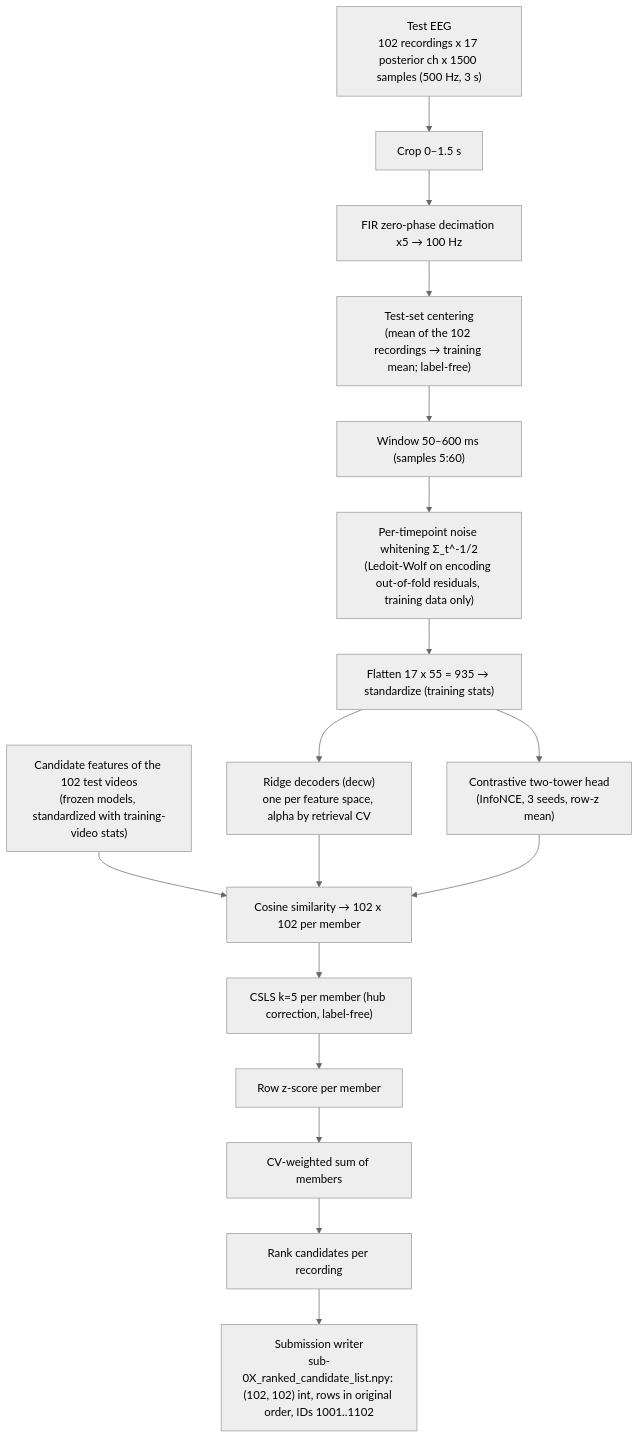
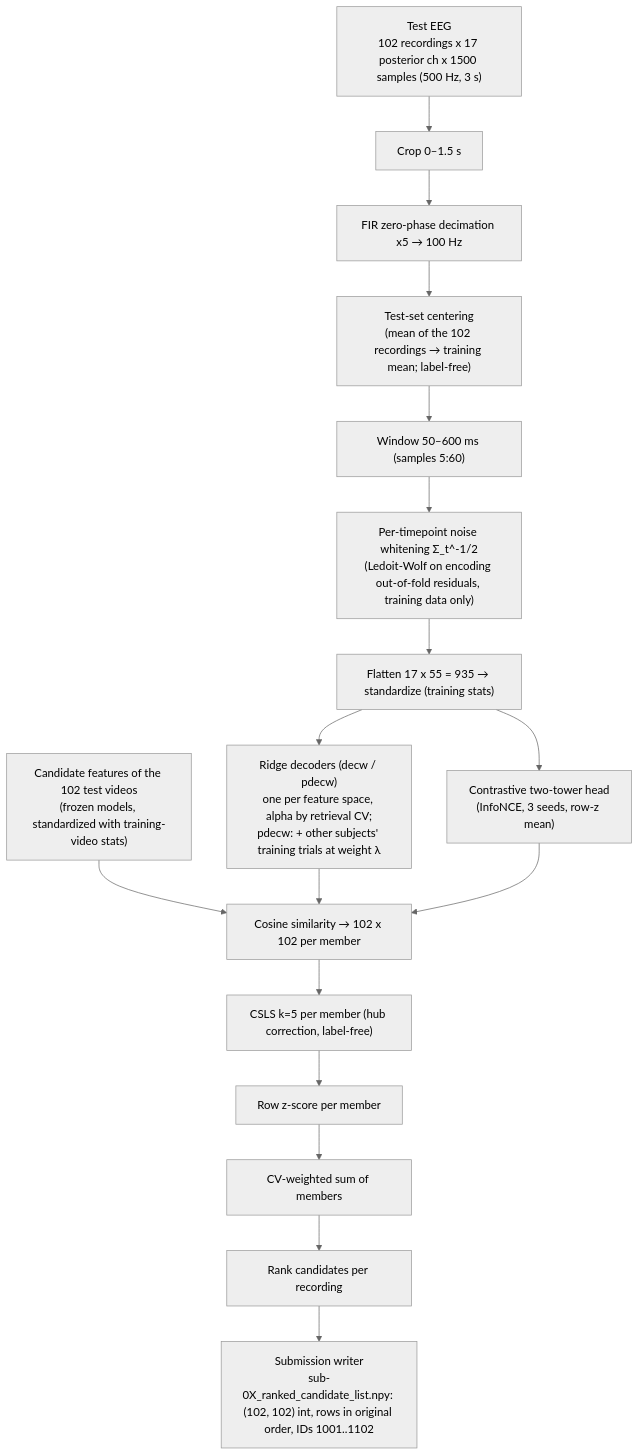
Before and after one commit to Gundan-Dante/Krabiki: the diagram in docs/ARCHITECTURE.md, drawn with Mermaid (neutral theme). The commit also changed other lines of this file and 2 other files, not shown here.

Commit message:
Docs: ARCHITECTURE / HANDOFF / CLAUDE.md describe v4b and the training/ inference/ layout

````diff
--- a/docs/ARCHITECTURE.md
+++ b/docs/ARCHITECTURE.md
@@ -14,19 +14,19 @@
 ```mermaid
 flowchart TD
     A["Test EEG<br/>102 recordings x 17 posterior ch x 1500 samples (500 Hz, 3 s)"] --> B["Crop 0–1.5 s"]
     B --> C["FIR zero-phase decimation x5 → 100 Hz"]
     C --> D["Test-set centering<br/>(mean of the 102 recordings → training mean; label-free)"]
     D --> E["Window 50–600 ms (samples 5:60)"]
     E --> F["Per-timepoint noise whitening Σ_t^-1/2<br/>(Ledoit-Wolf on encoding out-of-fold residuals, training data only)"]
     F --> G["Flatten 17 x 55 = 935 → standardize (training stats)"]
-    G --> H1["Ridge decoders (decw)<br/>one per feature space, alpha by retrieval CV"]
+    G --> H1["Ridge decoders (decw / pdecw)<br/>one per feature space, alpha by retrieval CV;<br/>pdecw: + other subjects' training trials at weight λ"]
     G --> H2["Contrastive two-tower head<br/>(InfoNCE, 3 seeds, row-z mean)"]
     V["Candidate features of the 102 test videos<br/>(frozen models, standardized with training-video stats)"] --> I
     H1 --> I["Cosine similarity → 102 x 102 per member"]
     H2 --> I
     I --> J["CSLS k=5 per member (hub correction, label-free)"]
     J --> K["Row z-score per member"]
     K --> L["CV-weighted sum of members"]
     L --> M["Rank candidates per recording"]
     M --> N["Submission writer<br/>sub-0X_ranked_candidate_list.npy: (102, 102) int, rows in original order, IDs 1001..1102"]
 ```
````
